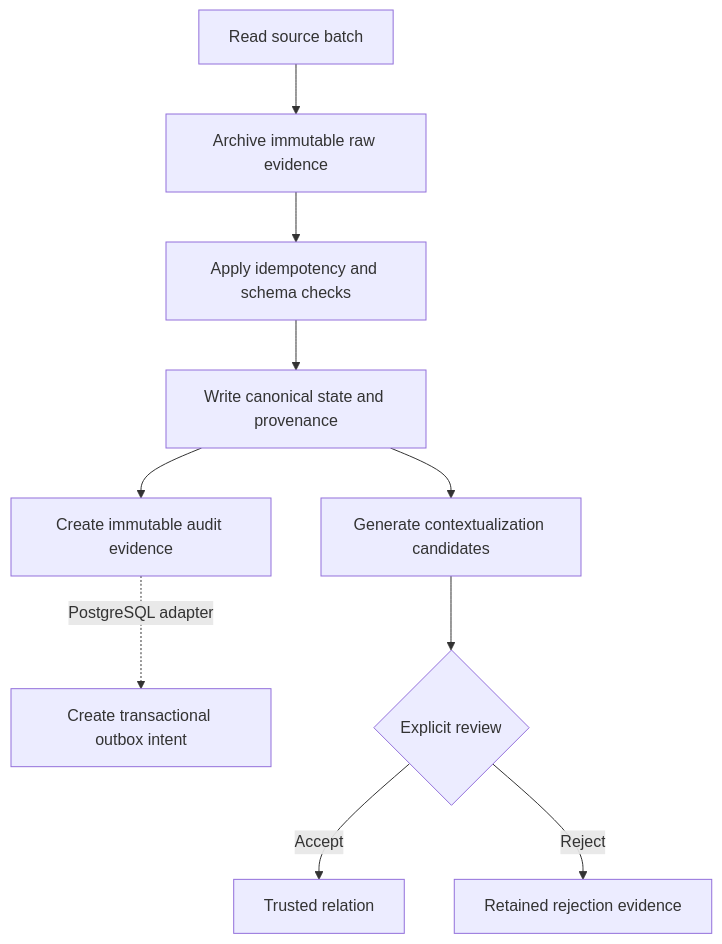
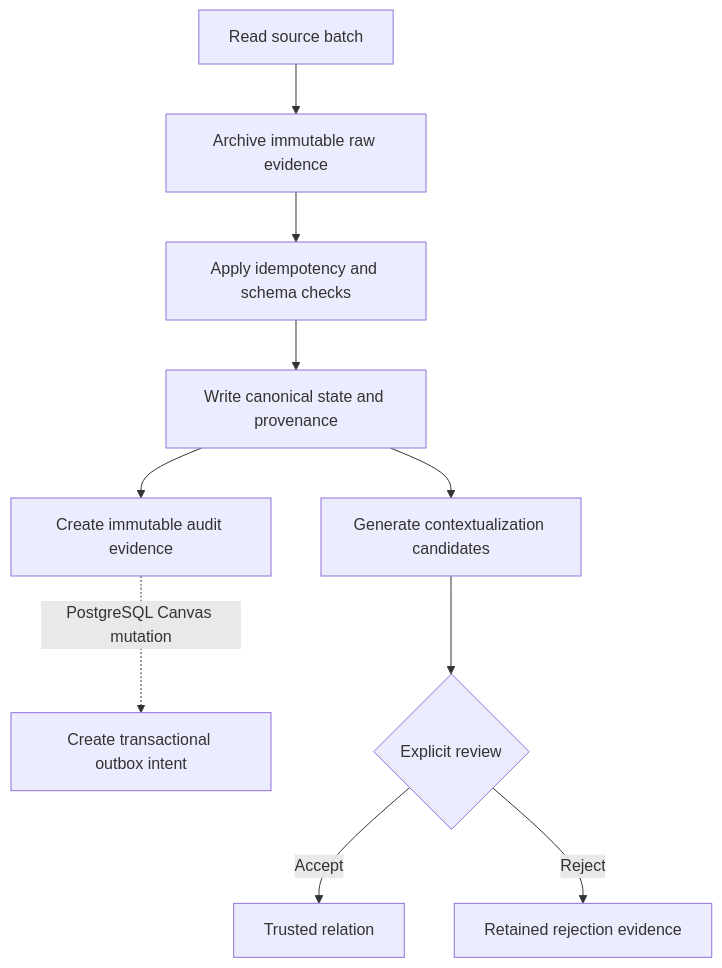
The second of 2 diagrams in README.md (HaydernCenterpoint/Open-Data-Fusion), drawn with Mermaid before and after one commit. The commit also changed other lines of this file and 50 other files, not shown here.

Commit message:
Harden PostgreSQL Canvas production cutover

````diff
--- a/README.md
+++ b/README.md
@@ -142,12 +143,12 @@
 ```mermaid
 flowchart TD
     A[Read source batch] --> B[Archive immutable raw evidence]
     B --> C[Apply idempotency and schema checks]
     C --> D[Write canonical state and provenance]
     D --> E[Create immutable audit evidence]
-    E -. PostgreSQL adapter .-> J[Create transactional outbox intent]
+    E -. PostgreSQL Canvas mutation .-> J[Create transactional outbox intent]
     D --> F[Generate contextualization candidates]
     F --> G{Explicit review}
     G -->|Accept| H[Trusted relation]
     G -->|Reject| I[Retained rejection evidence]
 ```
````
